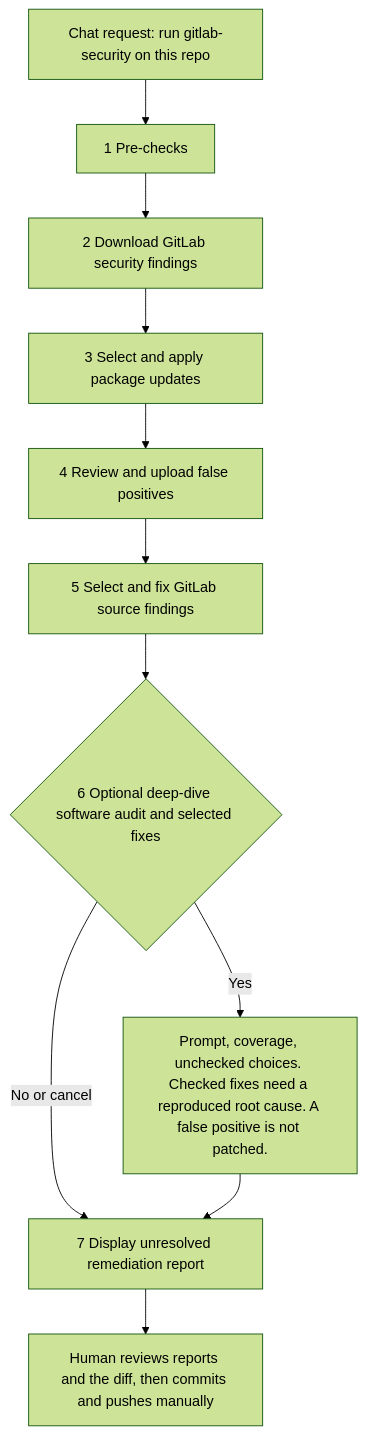
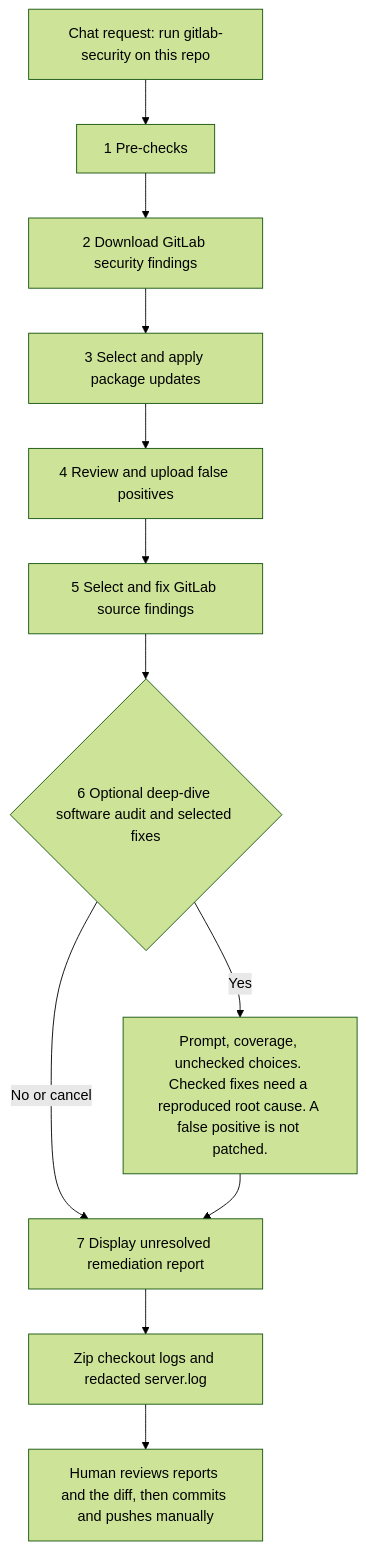
One commit to jprejsnar/security-mcp-fixer changed the first of 7 diagrams in README.md. Above: the diagram before and after it, drawn with Mermaid (forest theme). The commit also changed other lines of this file and 33 other files, not shown here.

````diff
--- a/README.md
+++ b/README.md
@@ -642,13 +643,14 @@
 ```mermaid
 flowchart TD
   request["Chat request: run gitlab-security on this repo"] --> j1["1 Pre-checks"]
   j1 --> j2["2 Download GitLab security findings"]
   j2 --> j3["3 Select and apply package updates"]
   j3 --> j4["4 Review and upload false positives"]
   j4 --> j5["5 Select and fix GitLab source findings"]
   j5 --> j6{"6 Optional deep-dive software audit and selected fixes"}
   j6 -->|Yes| audit["Prompt, coverage, unchecked choices. Checked fixes need a reproduced root cause. A false positive is not patched."]
   j6 -->|No or cancel| j7["7 Display unresolved remediation report"]
   audit --> j7
-  j7 --> human["Human reviews reports and the diff, then commits and pushes manually"]
+  j7 --> zip["Zip checkout logs and redacted server.log"]
+  zip --> human["Human reviews reports and the diff, then commits and pushes manually"]
 ```
````
